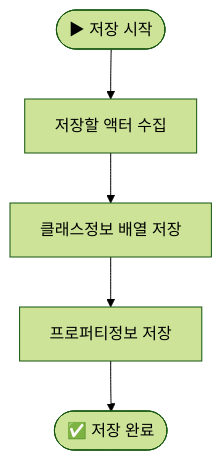
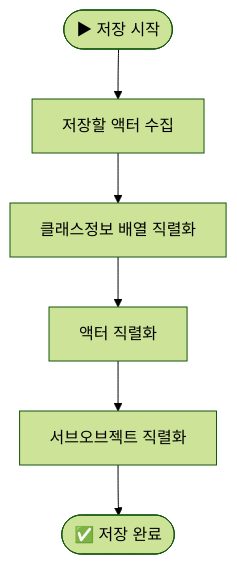
Before and after one commit to antae714/antae714.github.io: the fifth of 6 diagrams in _posts/UnrealProject/2025-06-28-SaveGame.md, drawn with Mermaid (forest theme). The commit also changed other lines of this file and 4 other files, not shown here.

````diff
--- a/_posts/UnrealProject/2025-06-28-SaveGame.md
+++ b/_posts/UnrealProject/2025-06-28-SaveGame.md
@@ -210,7 +225,8 @@
 ```mermaid
 flowchart TD
   Start(["▶ 저장 시작"]) --> B[저장할 액터 수집]
-  B --> C[클래스정보 배열 저장]
-  C --> D[프로퍼티정보 저장]
-  D --> End(["✅ 저장 완료"])
+  B --> C[클래스정보 배열 직렬화]
+  C --> D[액터 직렬화]
+  D --> E[서브오브젝트 직렬화]
+  E --> End(["✅ 저장 완료"])
 ```
````
